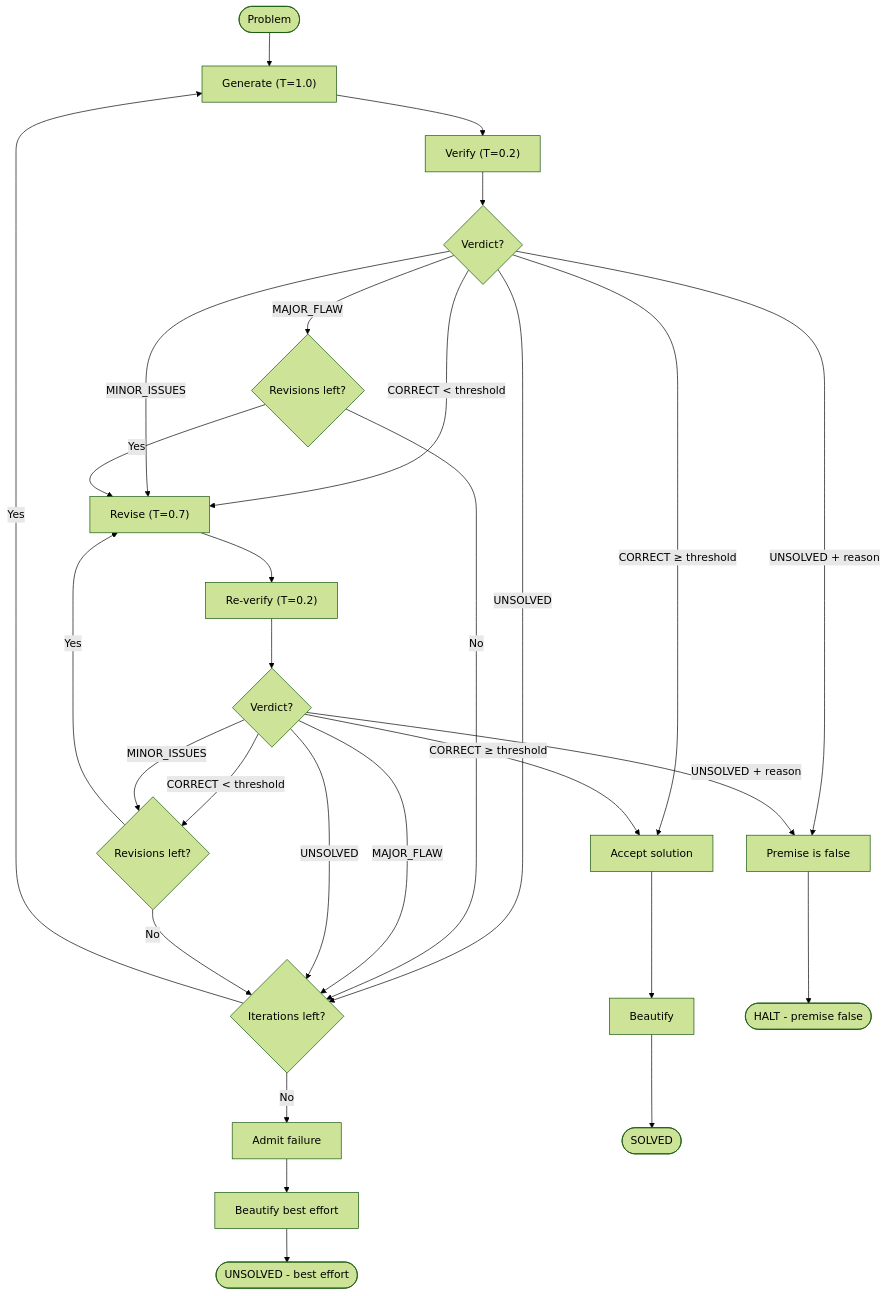
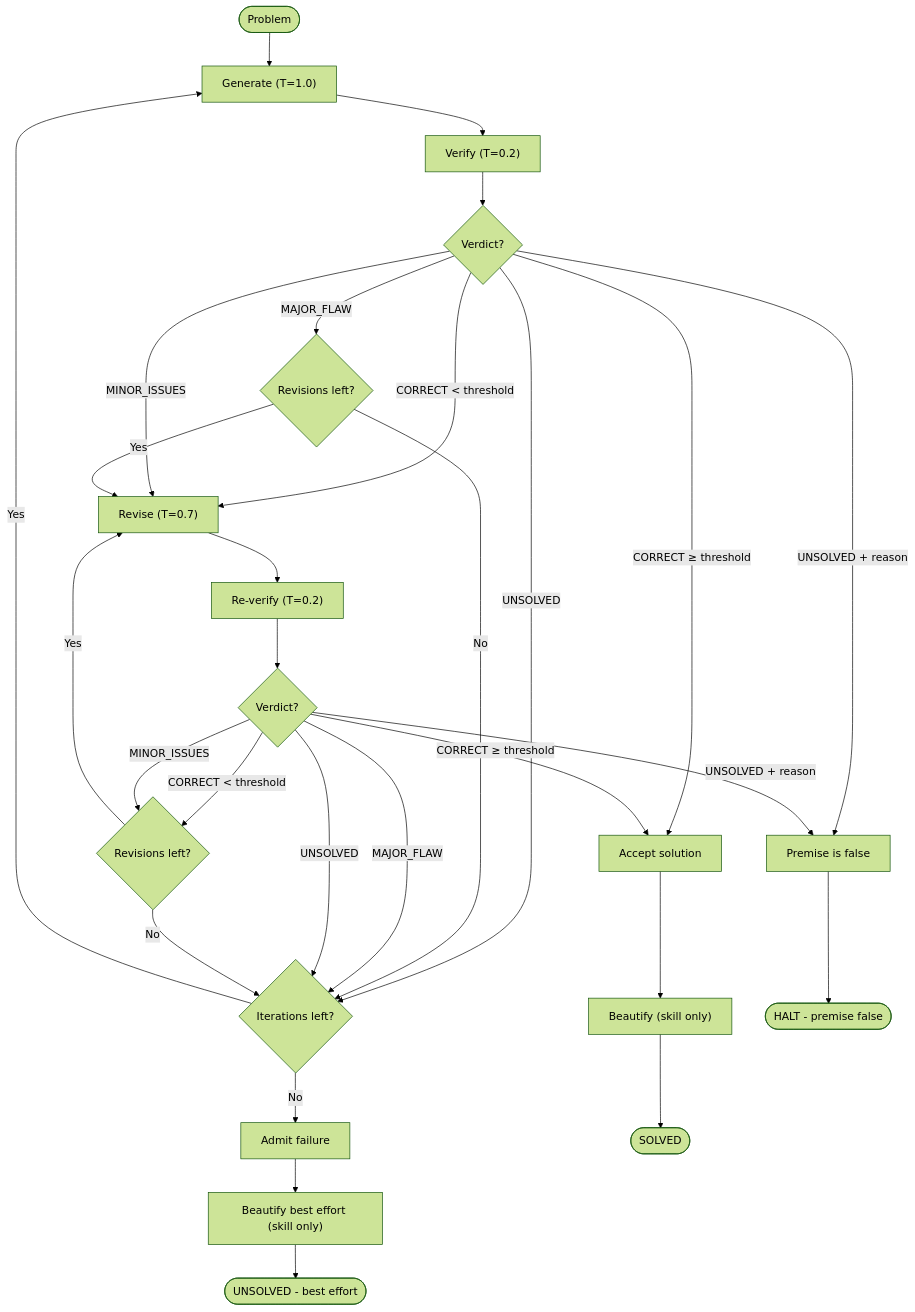
The second of 2 diagrams in README.md (hyperion-git/alethic), drawn with Mermaid (forest theme) before and after one commit. The commit also changed other lines of this file and 21 other files, not shown here.

````diff
--- a/README.md
+++ b/README.md
@@ -99,38 +101,38 @@
 ```mermaid
 flowchart TD
     Start([Problem]) --> Gen["Generate (T=1.0)"]
     Gen --> Ver["Verify (T=0.2)"]
     Ver --> D{Verdict?}
 
     D -->|"CORRECT ≥ threshold"| Accept[Accept solution]
     D -->|"CORRECT < threshold"| Rev["Revise (T=0.7)"]
     D -->|MINOR_ISSUES| Rev
     D -->|MAJOR_FLAW| MF{Revisions left?}
     D -->|"UNSOLVED + reason"| FP[Premise is false]
     D -->|UNSOLVED| Iter{Iterations left?}
 
     MF -->|Yes| Rev
     MF -->|No| Iter
 
     Rev --> ReVer["Re-verify (T=0.2)"]
     ReVer --> RD{Verdict?}
 
     RD -->|"CORRECT ≥ threshold"| Accept
     RD -->|"CORRECT < threshold"| MoreRev{Revisions left?}
     RD -->|MINOR_ISSUES| MoreRev
     RD -->|MAJOR_FLAW| Iter
     RD -->|"UNSOLVED + reason"| FP
     RD -->|UNSOLVED| Iter
 
     MoreRev -->|Yes| Rev
     MoreRev -->|No| Iter
 
     Iter -->|Yes| Gen
     Iter -->|No| Fail[Admit failure]
 
-    Accept --> B[Beautify]
+    Accept --> B["Beautify (skill only)"]
     B --> Solved([SOLVED])
     FP --> Halt([HALT - premise false])
-    Fail --> BF[Beautify best effort]
+    Fail --> BF["Beautify best effort (skill only)"]
     BF --> Unsolved([UNSOLVED - best effort])
 ```
````
